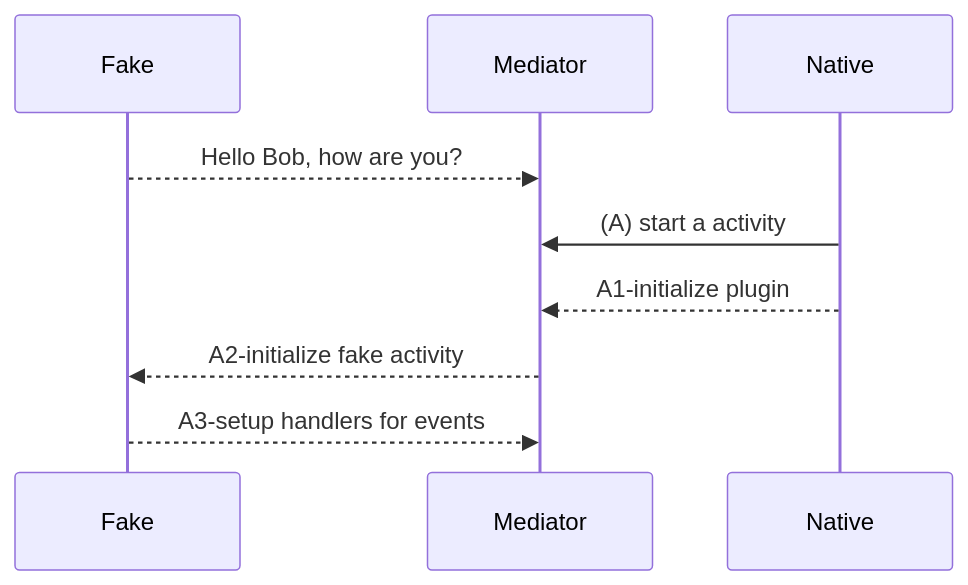
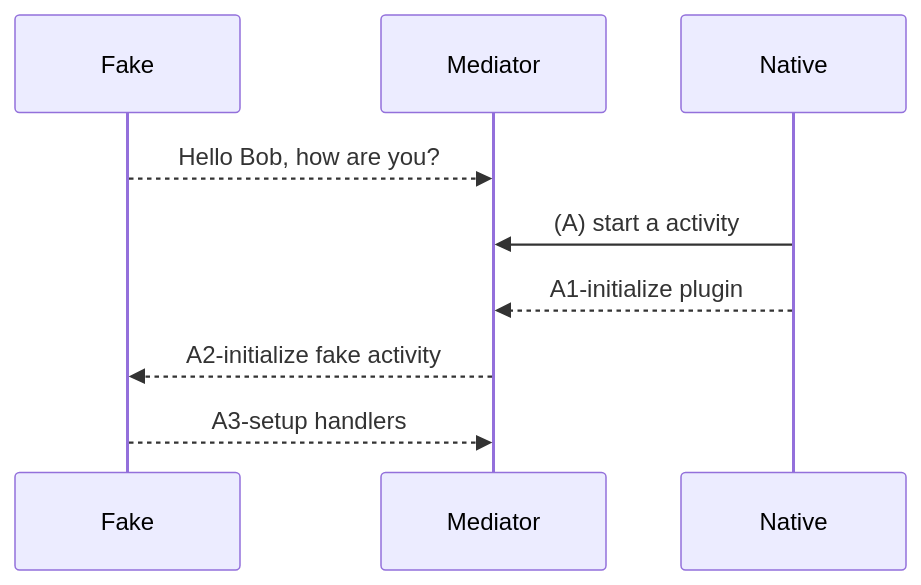
The second of 2 diagrams in flutter/addActivityResultListener.md (gordianknotC/nxp_note), drawn with Mermaid before and after one commit. The commit also changed other lines of this file, not shown here.

Commit message:
flutter/addActivityResultListener.md updated from https://stackedit.io/

````diff
--- a/flutter/addActivityResultListener.md
+++ b/flutter/addActivityResultListener.md
@@ -55,8 +55,9 @@
 ```mermaid
 sequenceDiagram
 Fake -->> Mediator: Hello Bob, how are you?
 Native ->> Mediator: (A) start a activity
 Native -->> Mediator: A1-initialize plugin
 Mediator -->> Fake: A2-initialize fake activity
-Fake -->> Mediator: A3-setup handlers for events
+
+Fake -->> Mediator: A3-setup handlers
 ```
````
